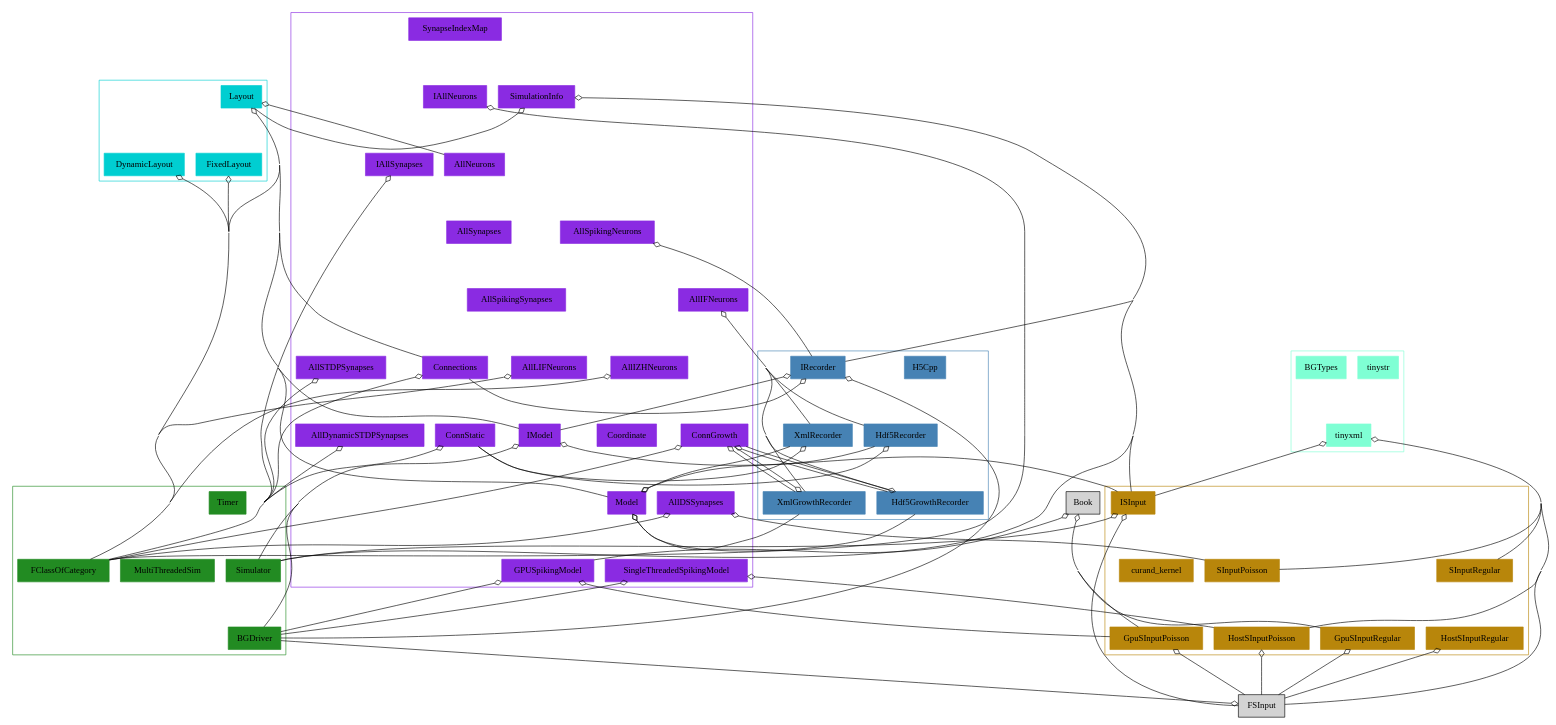
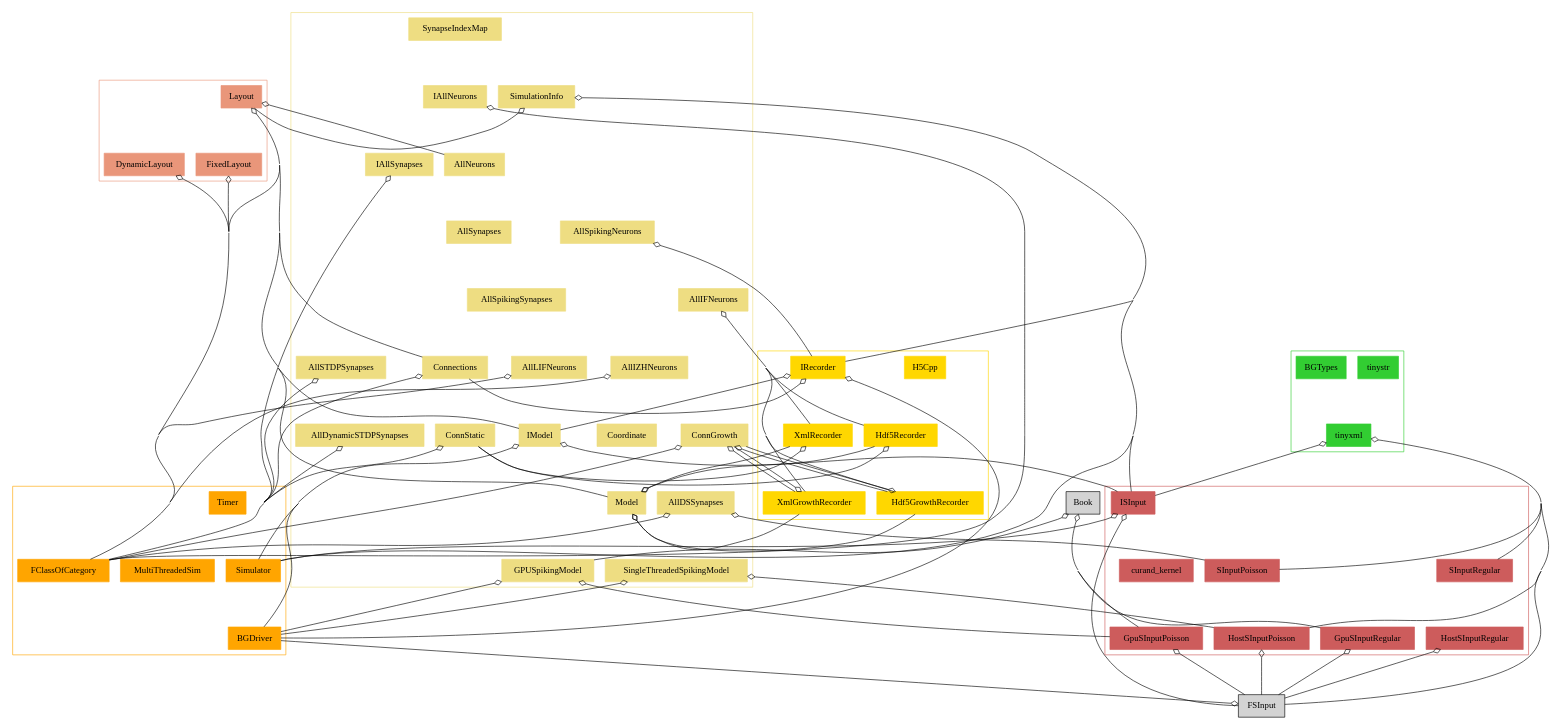
Before and after one commit to UWB-Biocomputing/BrainGrid: the diagram in Tools/DiagramGenerator/ExampleOutputs/out_sys_overview.dot, drawn with Graphviz. The commit also changed 9 other files, not shown here.

```diff
--- a/Tools/DiagramGenerator/ExampleOutputs/out_sys_overview.dot
+++ b/Tools/DiagramGenerator/ExampleOutputs/out_sys_overview.dot
@@ -7,14 +7,14 @@
 
 
 	subgraph clusterA {
-		node [shape = record];
+		color = orange
+		node [shape = record, color = orange];
 
-		color = forestgreen
-		BGDriver[label = BGDriver, style = filled, color = forestgreen];
-		FClassOfCategory[label = FClassOfCategory, style = filled, color = forestgreen];
-		MultiThreadedSim[label = MultiThreadedSim, style = filled, color = forestgreen];
-		Simulator[label = Simulator, style = filled, color = forestgreen];
-		Timer[label = Timer, style = filled, color = forestgreen];
+		BGDriver[label = BGDriver, style = filled];
+		FClassOfCategory[label = FClassOfCategory, style = filled];
+		MultiThreadedSim[label = MultiThreadedSim, style = filled];
+		Simulator[label = Simulator, style = filled];
+		Timer[label = Timer, style = filled];
 
 
 		//------LAYOUT FOR SUBGRAPH------
@@ -41,31 +41,31 @@
 
 
 	subgraph clusterB {
-		node [shape = record];
+		color = lightgoldenrod
+		node [shape = record, color = lightgoldenrod];
 
-		color = blueviolet
-		AllDSSynapses[label = AllDSSynapses, style = filled, color = blueviolet];
-		AllDynamicSTDPSynapses[label = AllDynamicSTDPSynapses, style = filled, color = blueviolet];
-		AllIFNeurons[label = AllIFNeurons, style = filled, color = blueviolet];
-		AllIZHNeurons[label = AllIZHNeurons, style = filled, color = blueviolet];
-		AllLIFNeurons[label = AllLIFNeurons, style = filled, color = blueviolet];
-		AllNeurons[label = AllNeurons, style = filled, color = blueviolet];
-		AllSTDPSynapses[label = AllSTDPSynapses, style = filled, color = blueviolet];
-		AllSpikingNeurons[label = AllSpikingNeurons, style = filled, color = blueviolet];
-		AllSpikingSynapses[label = AllSpikingSynapses, style = filled, color = blueviolet];
-		AllSynapses[label = AllSynapses, style = filled, color = blueviolet];
-		ConnGrowth[label = ConnGrowth, style = filled, color = blueviolet];
-		ConnStatic[label = ConnStatic, style = filled, color = blueviolet];
-		Connections[label = Connections, style = filled, color = blueviolet];
-		Coordinate[label = Coordinate, style = filled, color = blueviolet];
-		GPUSpikingModel[label = GPUSpikingModel, style = filled, color = blueviolet];
-		IAllNeurons[label = IAllNeurons, style = filled, color = blueviolet];
-		IAllSynapses[label = IAllSynapses, style = filled, color = blueviolet];
-		IModel[label = IModel, style = filled, color = blueviolet];
-		Model[label = Model, style = filled, color = blueviolet];
-		SimulationInfo[label = SimulationInfo, style = filled, color = blueviolet];
-		SingleThreadedSpikingModel[label = SingleThreadedSpikingModel, style = filled, color = blueviolet];
-		SynapseIndexMap[label = SynapseIndexMap, style = filled, color = blueviolet];
+		AllDSSynapses[label = AllDSSynapses, style = filled];
+		AllDynamicSTDPSynapses[label = AllDynamicSTDPSynapses, style = filled];
+		AllIFNeurons[label = AllIFNeurons, style = filled];
+		AllIZHNeurons[label = AllIZHNeurons, style = filled];
+		AllLIFNeurons[label = AllLIFNeurons, style = filled];
+		AllNeurons[label = AllNeurons, style = filled];
+		AllSTDPSynapses[label = AllSTDPSynapses, style = filled];
+		AllSpikingNeurons[label = AllSpikingNeurons, style = filled];
+		AllSpikingSynapses[label = AllSpikingSynapses, style = filled];
+		AllSynapses[label = AllSynapses, style = filled];
+		ConnGrowth[label = ConnGrowth, style = filled];
+		ConnStatic[label = ConnStatic, style = filled];
+		Connections[label = Connections, style = filled];
+		Coordinate[label = Coordinate, style = filled];
+		GPUSpikingModel[label = GPUSpikingModel, style = filled];
+		IAllNeurons[label = IAllNeurons, style = filled];
+		IAllSynapses[label = IAllSynapses, style = filled];
+		IModel[label = IModel, style = filled];
+		Model[label = Model, style = filled];
+		SimulationInfo[label = SimulationInfo, style = filled];
+		SingleThreadedSpikingModel[label = SingleThreadedSpikingModel, style = filled];
+		SynapseIndexMap[label = SynapseIndexMap, style = filled];
 
 
 		//------LAYOUT FOR SUBGRAPH------
@@ -157,15 +157,15 @@
 
 
 	subgraph clusterC {
-		node [shape = record];
+		color = gold
+		node [shape = record, color = gold];
 
-		color = steelblue
-		H5Cpp[label = H5Cpp, style = filled, color = steelblue];
-		Hdf5GrowthRecorder[label = Hdf5GrowthRecorder, style = filled, color = steelblue];
-		Hdf5Recorder[label = Hdf5Recorder, style = filled, color = steelblue];
-		IRecorder[label = IRecorder, style = filled, color = steelblue];
-		XmlGrowthRecorder[label = XmlGrowthRecorder, style = filled, color = steelblue];
-		XmlRecorder[label = XmlRecorder, style = filled, color = steelblue];
+		H5Cpp[label = H5Cpp, style = filled];
+		Hdf5GrowthRecorder[label = Hdf5GrowthRecorder, style = filled];
+		Hdf5Recorder[label = Hdf5Recorder, style = filled];
+		IRecorder[label = IRecorder, style = filled];
+		XmlGrowthRecorder[label = XmlGrowthRecorder, style = filled];
+		XmlRecorder[label = XmlRecorder, style = filled];
 
 
 		//------LAYOUT FOR SUBGRAPH------
@@ -198,12 +198,12 @@
 
 
 	subgraph clusterD {
-		node [shape = record];
+		color = darksalmon
+		node [shape = record, color = darksalmon];
 
-		color = darkturquoise
-		DynamicLayout[label = DynamicLayout, style = filled, color = darkturquoise];
-		FixedLayout[label = FixedLayout, style = filled, color = darkturquoise];
-		Layout[label = Layout, style = filled, color = darkturquoise];
+		DynamicLayout[label = DynamicLayout, style = filled];
+		FixedLayout[label = FixedLayout, style = filled];
+		Layout[label = Layout, style = filled];
 
 
 		//------LAYOUT FOR SUBGRAPH------
@@ -228,17 +228,17 @@
 
 
 	subgraph clusterE {
-		node [shape = record];
+		color = indianred
+		node [shape = record, color = indianred];
 
-		color = darkgoldenrod
-		GpuSInputPoisson[label = GpuSInputPoisson, style = filled, color = darkgoldenrod];
-		GpuSInputRegular[label = GpuSInputRegular, style = filled, color = darkgoldenrod];
-		HostSInputPoisson[label = HostSInputPoisson, style = filled, color = darkgoldenrod];
-		HostSInputRegular[label = HostSInputRegular, style = filled, color = darkgoldenrod];
-		ISInput[label = ISInput, style = filled, color = darkgoldenrod];
-		SInputPoisson[label = SInputPoisson, style = filled, color = darkgoldenrod];
-		SInputRegular[label = SInputRegular, style = filled, color = darkgoldenrod];
-		curand_kernel[label = curand_kernel, style = filled, color = darkgoldenrod];
+		GpuSInputPoisson[label = GpuSInputPoisson, style = filled];
+		GpuSInputRegular[label = GpuSInputRegular, style = filled];
+		HostSInputPoisson[label = HostSInputPoisson, style = filled];
+		HostSInputRegular[label = HostSInputRegular, style = filled];
+		ISInput[label = ISInput, style = filled];
+		SInputPoisson[label = SInputPoisson, style = filled];
+		SInputRegular[label = SInputRegular, style = filled];
+		curand_kernel[label = curand_kernel, style = filled];
 
 
 		//------LAYOUT FOR SUBGRAPH------
@@ -273,12 +273,12 @@
 
 
 	subgraph clusterF {
-		node [shape = record];
+		color = limegreen
+		node [shape = record, color = limegreen];
 
-		color = aquamarine
-		BGTypes[label = BGTypes, style = filled, color = aquamarine];
-		tinystr[label = tinystr, style = filled, color = aquamarine];
-		tinyxml[label = tinyxml, style = filled, color = aquamarine];
+		BGTypes[label = BGTypes, style = filled];
+		tinystr[label = tinystr, style = filled];
+		tinyxml[label = tinyxml, style = filled];
 
 
 		//------LAYOUT FOR SUBGRAPH------
@@ -304,6 +304,7 @@
 	subgraph G {
 		node [shape = record];
 
+
 		FSInput[label = FSInput, style = filled];
 
 
@@ -326,6 +327,7 @@
 
 	subgraph H {
 		node [shape = record];
+
 
 		Book[label = Book, style = filled];
 
```
